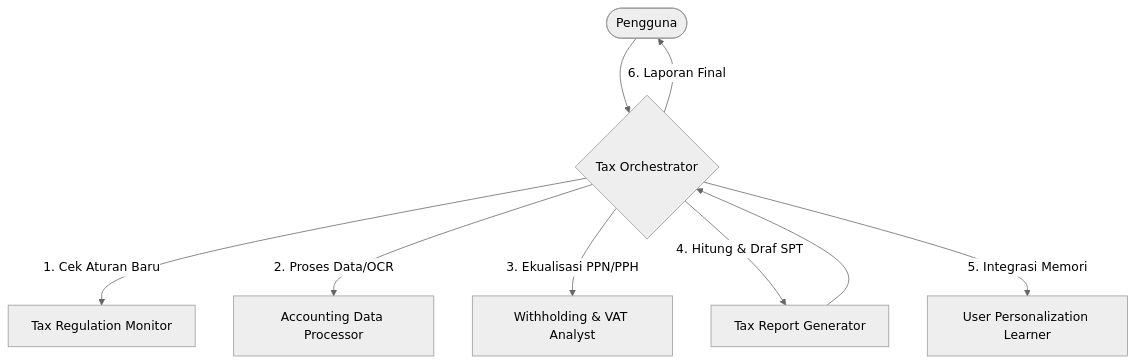
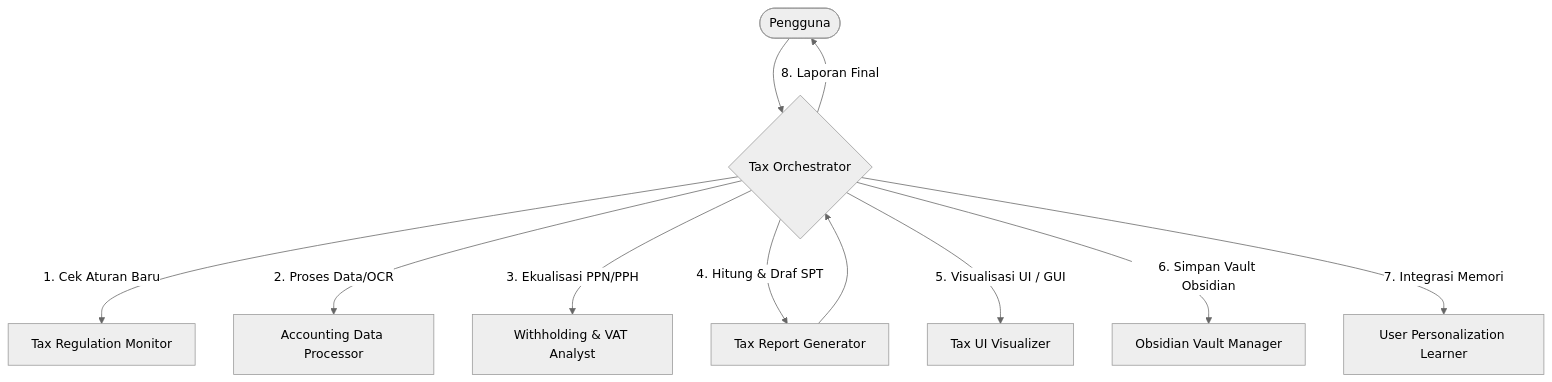
Before and after one commit to lensetek/BrevetAB-Agent-Skills: the diagram in skills/tax-orchestrator/SKILL.md, drawn with Mermaid (neutral theme). The commit also changed other lines of this file and 8 other files, not shown here.

Commit message:
feat: add obsidian-tax-vault-manager & tax-ui-visualizer skills (v1.2.0)

````diff
--- a/skills/tax-orchestrator/SKILL.md
+++ b/skills/tax-orchestrator/SKILL.md
@@ -28,11 +30,13 @@
 ```mermaid
 graph TD
     User([Pengguna]) --> Orchestrator{Tax Orchestrator}
     Orchestrator -->|1. Cek Aturan Baru| RegMonitor[Tax Regulation Monitor]
     Orchestrator -->|2. Proses Data/OCR| DataProcessor[Accounting Data Processor]
     Orchestrator -->|3. Ekualisasi PPN/PPH| WVAnalyst[Withholding & VAT Analyst]
     Orchestrator -->|4. Hitung & Draf SPT| ReportGen[Tax Report Generator]
-    Orchestrator -->|5. Integrasi Memori| Personalization[User Personalization Learner]
+    Orchestrator -->|5. Visualisasi UI / GUI| UIVisualizer[Tax UI Visualizer]
+    Orchestrator -->|6. Simpan Vault Obsidian| VaultManager[Obsidian Vault Manager]
+    Orchestrator -->|7. Integrasi Memori| Personalization[User Personalization Learner]
     ReportGen --> Orchestrator
-    Orchestrator -->|6. Laporan Final| User
+    Orchestrator -->|8. Laporan Final| User
 ```
````
